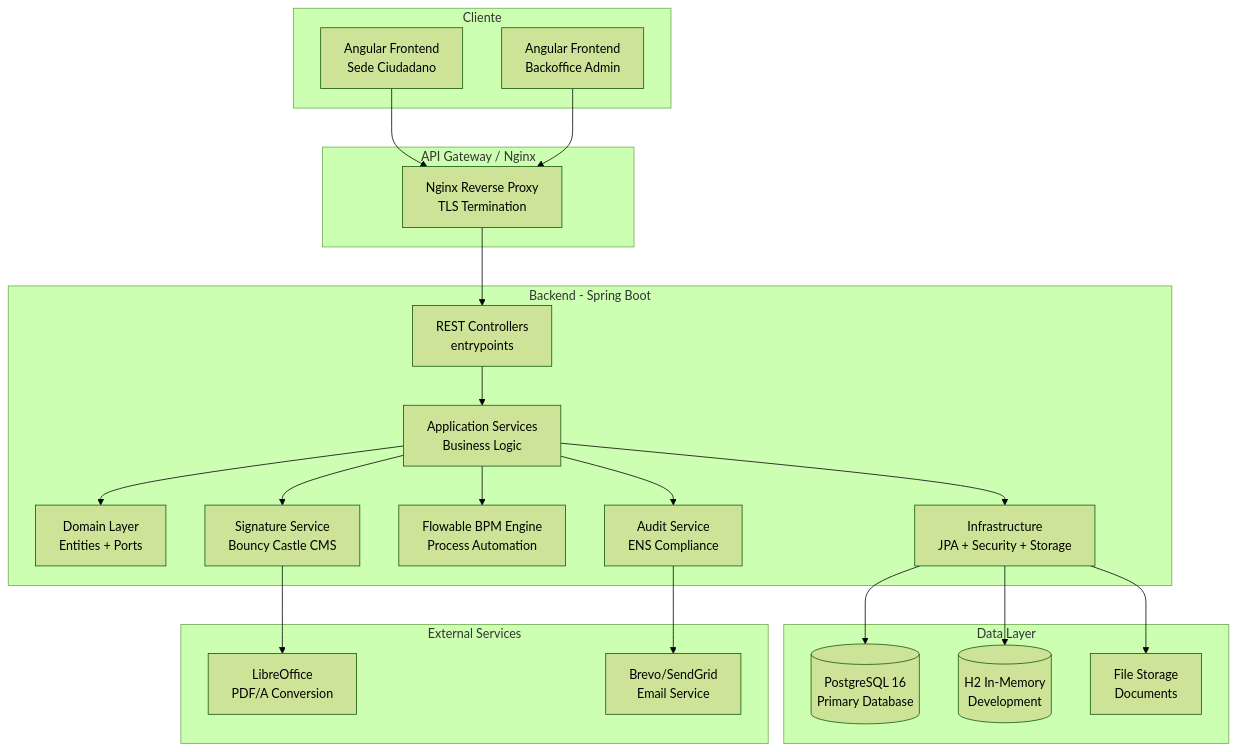
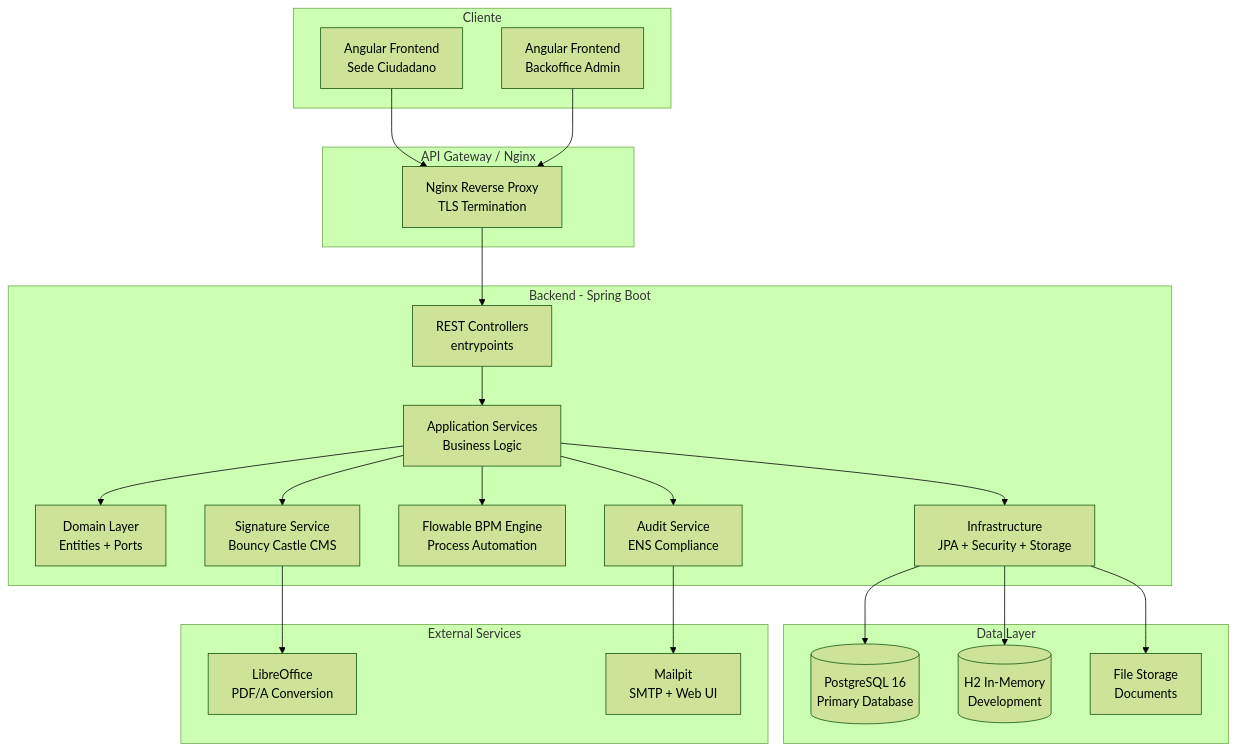
One commit to fernandocastanotorres/tfm changed the first of 10 diagrams in docs/architecture-diagrams.md. Above: the diagram before and after it, drawn with Mermaid (forest theme). The commit also changed other lines of this file and 22 other files, not shown here.

First line of the commit message:
refactor(mailing): replace Brevo REST API with JavaMailSender + Mailpit

````diff
--- a/docs/architecture-diagrams.md
+++ b/docs/architecture-diagrams.md
@@ -5,47 +5,47 @@
 ```mermaid
 graph TB
     subgraph "Cliente"
         A[Angular Frontend<br/>Sede Ciudadano]
         B[Angular Frontend<br/>Backoffice Admin]
     end
 
     subgraph "API Gateway / Nginx"
         C[Nginx Reverse Proxy<br/>TLS Termination]
     end
 
     subgraph "Backend - Spring Boot"
         D[REST Controllers<br/>entrypoints]
         E[Application Services<br/>Business Logic]
         F[Domain Layer<br/>Entities + Ports]
         G[Infrastructure<br/>JPA + Security + Storage]
         H[Flowable BPM Engine<br/>Process Automation]
         I[Signature Service<br/>Bouncy Castle CMS]
         J[Audit Service<br/>ENS Compliance]
     end
 
     subgraph "Data Layer"
         K[(PostgreSQL 16<br/>Primary Database)]
         L[(H2 In-Memory<br/>Development)]
         M[File Storage<br/>Documents]
     end
 
     subgraph "External Services"
         N[LibreOffice<br/>PDF/A Conversion]
-        O[Brevo/SendGrid<br/>Email Service]
+        O[Mailpit<br/>SMTP + Web UI]
     end
 
     A --> C
     B --> C
     C --> D
     D --> E
     E --> F
     E --> G
     E --> H
     E --> I
     E --> J
     G --> K
     G --> L
     G --> M
     I --> N
     J --> O
 ```
````
